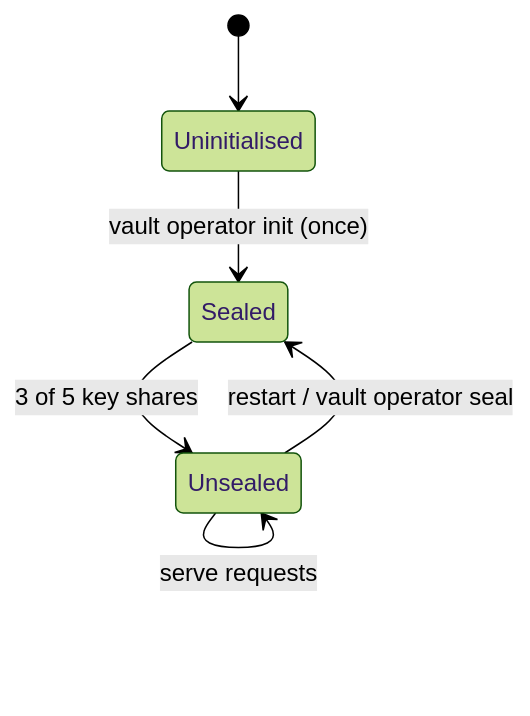
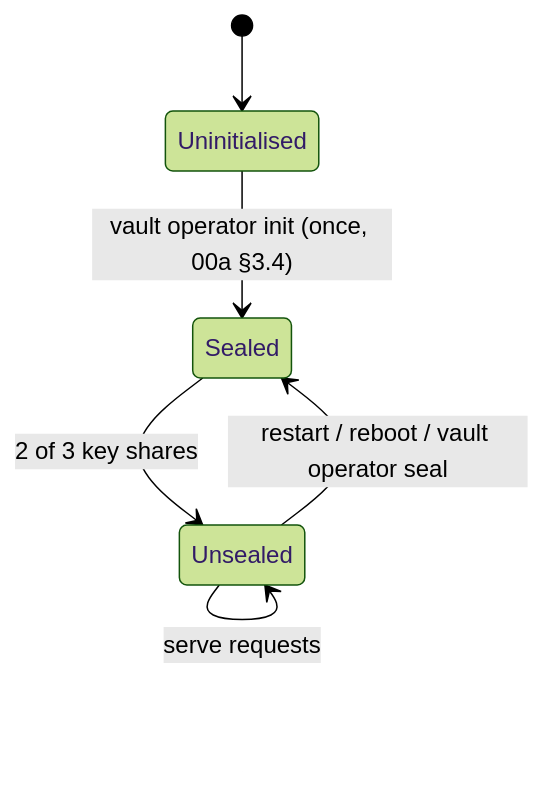
One commit to cloudone365/technical-depth changed the second of 2 diagrams in 01 Ansible/03-hashicorp-vault-deep-dive.md. Above: the diagram before and after it, drawn with Mermaid (forest theme). The commit also changed other lines of this file and 37 other files, not shown here.

````diff
--- a/01 Ansible/03-hashicorp-vault-deep-dive.md
+++ b/01 Ansible/03-hashicorp-vault-deep-dive.md
@@ -57,8 +87,8 @@
 ```mermaid
 stateDiagram-v2
   [*] --> Uninitialised
-  Uninitialised --> Sealed: vault operator init (once)
-  Sealed --> Unsealed: 3 of 5 key shares
-  Unsealed --> Sealed: restart / vault operator seal
+  Uninitialised --> Sealed: vault operator init (once, 00a §3.4)
+  Sealed --> Unsealed: 2 of 3 key shares
+  Unsealed --> Sealed: restart / reboot / vault operator seal
   Unsealed --> Unsealed: serve requests
 ```
````
